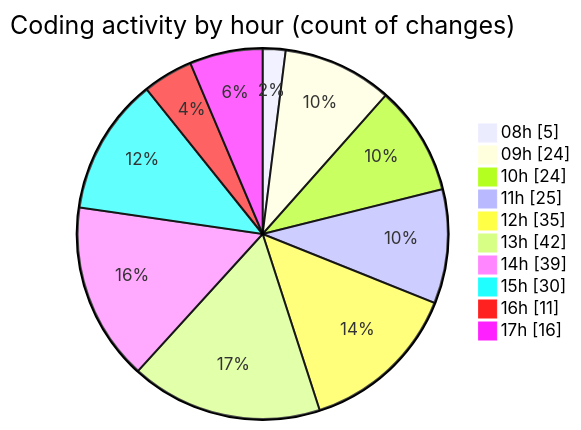
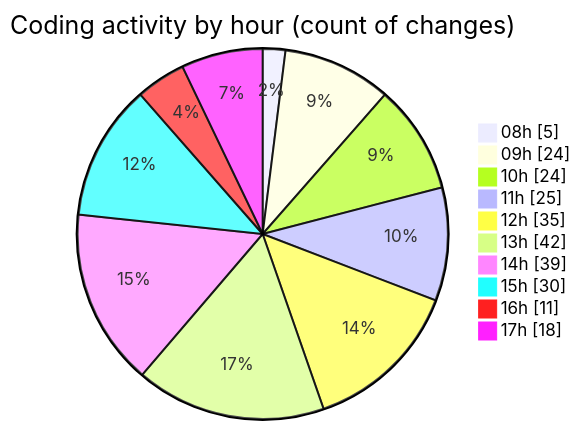
The second of 2 diagrams in 2025-11-24/cda/README.md (momahboobian/code-tracking), drawn with Mermaid before and after one commit. The commit also changed other lines of this file and 1 other file, not shown here.

````diff
--- a/2025-11-24/cda/README.md
+++ b/2025-11-24/cda/README.md
@@ -46,14 +46,14 @@
 ```mermaid
 pie showData
 title Coding activity by hour (count of changes)
 "08h" : 5
 "09h" : 24
 "10h" : 24
 "11h" : 25
 "12h" : 35
 "13h" : 42
 "14h" : 39
 "15h" : 30
 "16h" : 11
-"17h" : 16
+"17h" : 18
 ```
````
